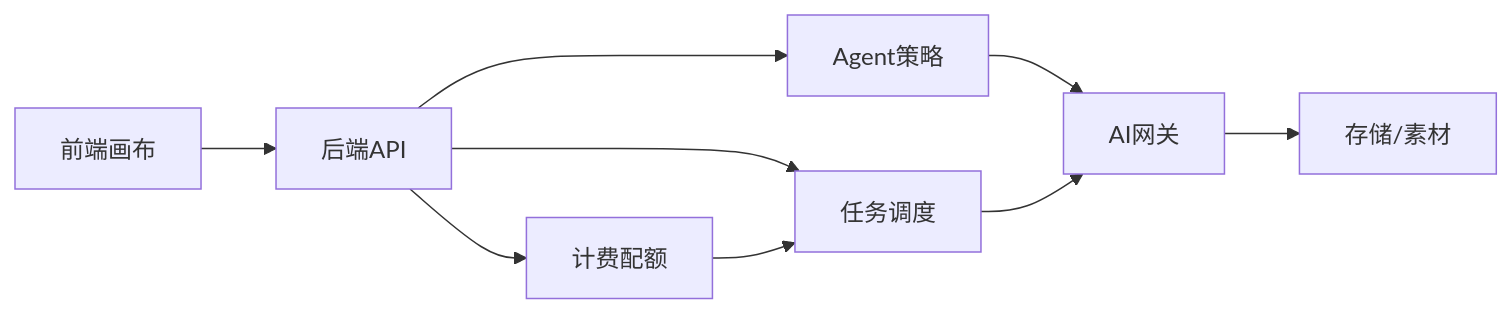
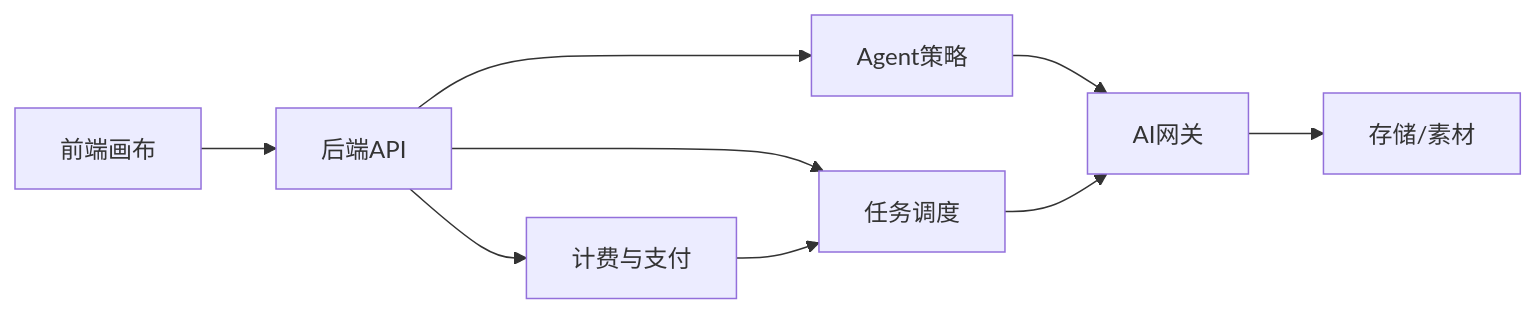
Before and after one commit to fairyspace/x-media: the first of 2 diagrams in docs/module-map.md, drawn with Mermaid. The commit also changed other lines of this file and 8 other files, not shown here.

````diff
--- a/docs/module-map.md
+++ b/docs/module-map.md
@@ -10,11 +10,11 @@
 ```mermaid
 flowchart LR
     A[前端画布] --> B[后端API]
     B --> C[Agent策略]
     B --> D[任务调度]
     C --> E[AI网关]
     D --> E
     E --> F[存储/素材]
-    B --> G[计费配额]
+    B --> G[计费与支付]
     G --> D
 ```
````
